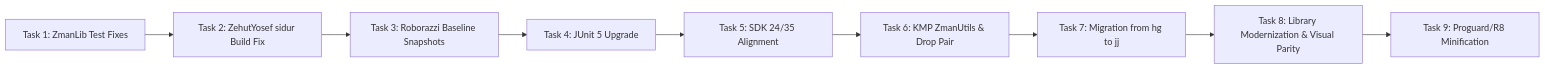
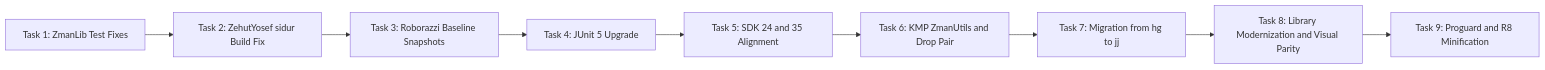
Before and after one commit to jgindin/zmanim: the second of 7 diagrams in docs/superpowers/specs/master-roadmap.md, drawn with Mermaid. The commit also changed other lines of this file and 1 other file, not shown here.

Commit message:
Fix mermaid syntax across master roadmap and implementation plan

````diff
--- a/docs/superpowers/specs/master-roadmap.md
+++ b/docs/superpowers/specs/master-roadmap.md
@@ -51,11 +51,11 @@
 ```mermaid
-graph LR
-    T1[Task 1: ZmanLib Test Fixes] --> T2[Task 2: ZehutYosef sidur Build Fix]
-    T2 --> T3[Task 3: Roborazzi Baseline Snapshots]
-    T3 --> T4[Task 4: JUnit 5 Upgrade]
-    T4 --> T5[Task 5: SDK 24/35 Alignment]
-    T5 --> T6[Task 6: KMP ZmanUtils & Drop Pair]
-    T6 --> T7[Task 7: Migration from hg to jj]
-    T7 --> T8[Task 8: Library Modernization & Visual Parity]
-    T8 --> T9[Task 9: Proguard/R8 Minification]
+flowchart LR
+    T1["Task 1: ZmanLib Test Fixes"] --> T2["Task 2: ZehutYosef sidur Build Fix"]
+    T2 --> T3["Task 3: Roborazzi Baseline Snapshots"]
+    T3 --> T4["Task 4: JUnit 5 Upgrade"]
+    T4 --> T5["Task 5: SDK 24 and 35 Alignment"]
+    T5 --> T6["Task 6: KMP ZmanUtils and Drop Pair"]
+    T6 --> T7["Task 7: Migration from hg to jj"]
+    T7 --> T8["Task 8: Library Modernization and Visual Parity"]
+    T8 --> T9["Task 9: Proguard and R8 Minification"]
 ```
````
